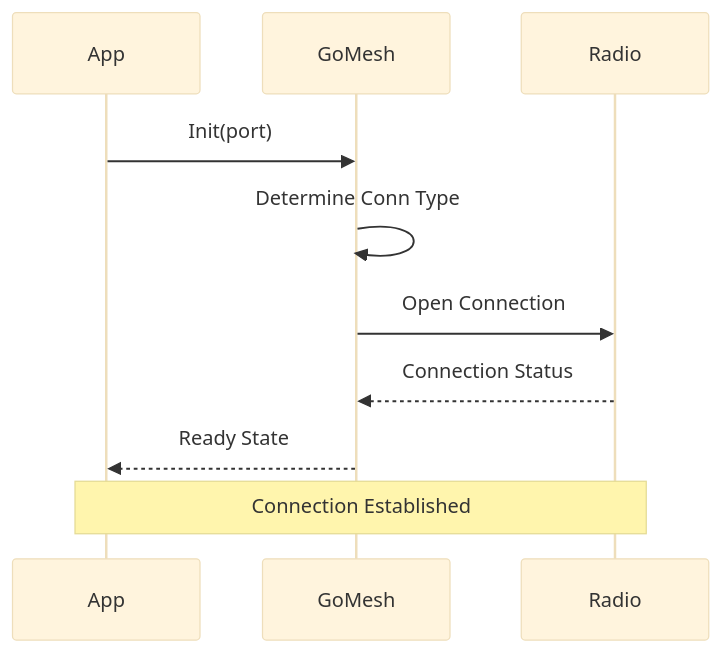
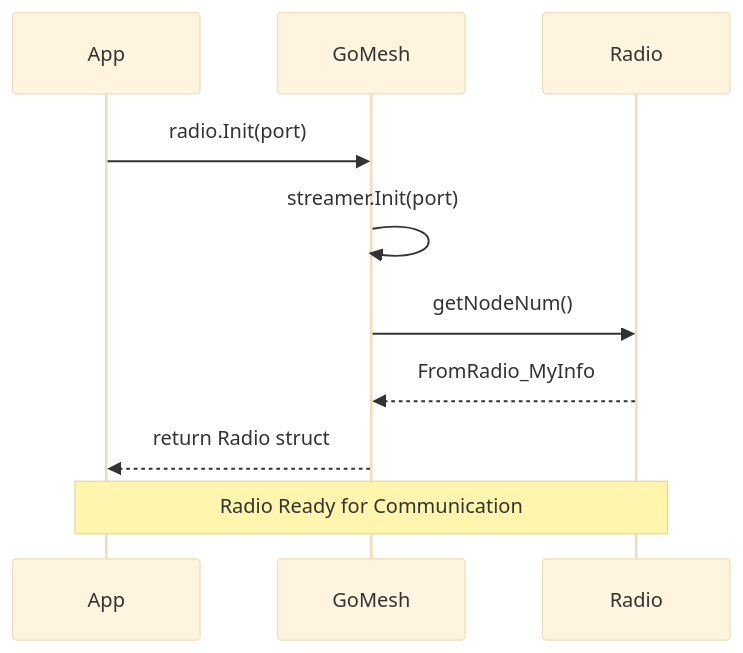
Before and after one commit to gherlein/goMesh: the third of 5 diagrams in DESIGN.md, drawn with Mermaid (base theme). The commit also changed other lines of this file, not shown here.

````diff
--- a/DESIGN.md
+++ b/DESIGN.md
@@ -38,14 +38,14 @@
 ```mermaid
 sequenceDiagram
     participant App
     participant GoMesh
     participant Radio
     
-    App->>GoMesh: Init(port)
-    GoMesh->>GoMesh: Determine Conn Type
-    GoMesh->>Radio: Open Connection
-    Radio-->>GoMesh: Connection Status
-    GoMesh-->>App: Ready State
+    App->>GoMesh: radio.Init(port)
+    GoMesh->>GoMesh: streamer.Init(port)
+    GoMesh->>Radio: getNodeNum()
+    Radio-->>GoMesh: FromRadio_MyInfo
+    GoMesh-->>App: return Radio struct
     
-    Note over App,Radio: Connection Established
+    Note over App,Radio: Radio Ready for Communication
 ```
````
